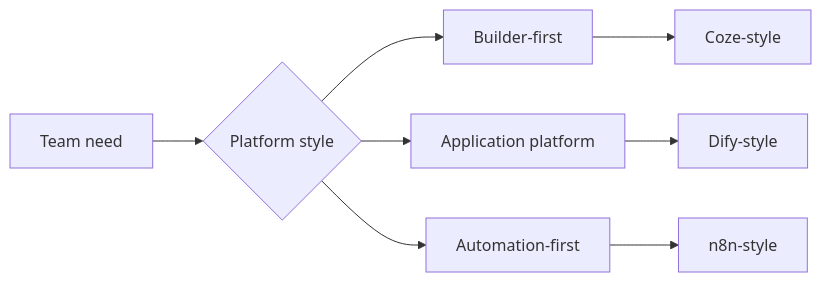
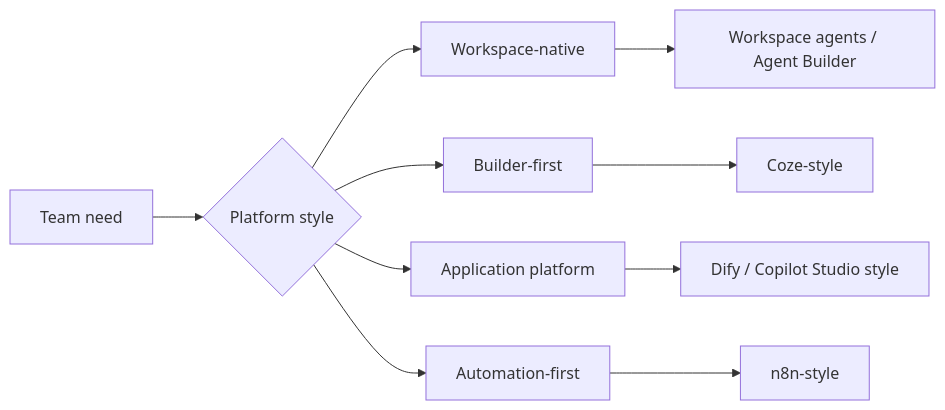
The diagram in ecosystem/agent-platforms-and-low-code-builders.md (Prompthon-IO/agent-systems-handbook), drawn with Mermaid before and after one commit. The commit also changed other lines of this file and 4 other files, not shown here.

````diff
--- a/ecosystem/agent-platforms-and-low-code-builders.md
+++ b/ecosystem/agent-platforms-and-low-code-builders.md
@@ -50,10 +63,12 @@
 ```mermaid
 flowchart LR
   Need["Team need"] --> Choice{"Platform style"}
+  Choice --> Workspace["Workspace-native"]
   Choice --> Builder["Builder-first"]
   Choice --> App["Application platform"]
   Choice --> Automation["Automation-first"]
+  Workspace --> OpenAI["Workspace agents / Agent Builder"]
   Builder --> Coze["Coze-style"]
-  App --> Dify["Dify-style"]
+  App --> Dify["Dify / Copilot Studio style"]
   Automation --> N8N["n8n-style"]
 ```
````
